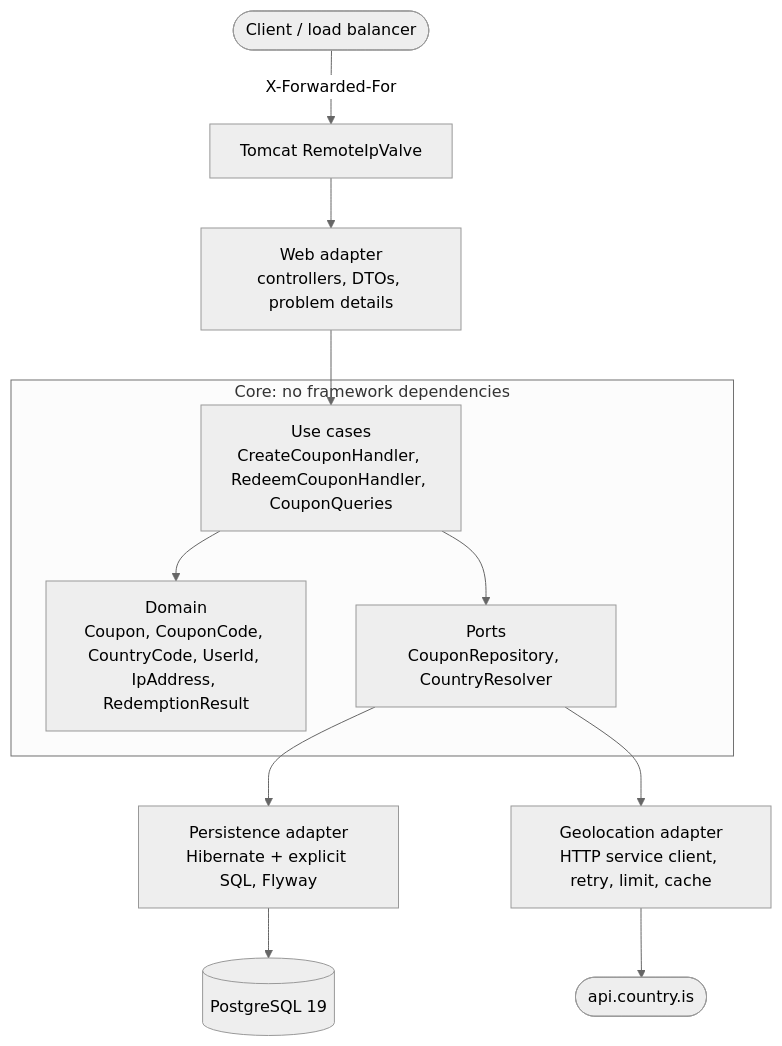
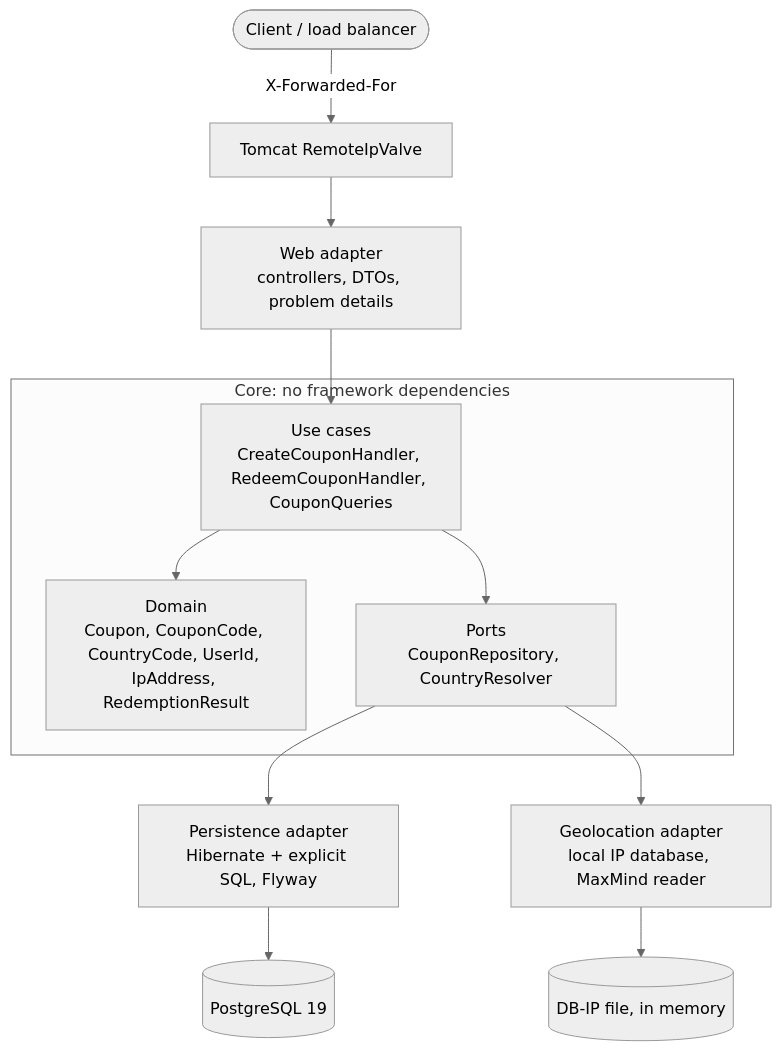
One commit to thadacz/coupon-service changed the first of 2 diagrams in README.md. Above: the diagram before and after it, drawn with Mermaid (neutral theme). The commit also changed other lines of this file and 25 other files, not shown here.

First line of the commit message:
feat(geo): replace api.country.is with a local IP database

````diff
--- a/README.md
+++ b/README.md
@@ -79,17 +79,17 @@
 ```mermaid
 flowchart TB
     client([Client / load balancer]) -->|X-Forwarded-For| tomcat[Tomcat RemoteIpValve]
     tomcat --> web[Web adapter<br/>controllers, DTOs, problem details]
     subgraph core [Core: no framework dependencies]
         app[Use cases<br/>CreateCouponHandler, RedeemCouponHandler, CouponQueries]
         domain[Domain<br/>Coupon, CouponCode, CountryCode, UserId, IpAddress, RedemptionResult]
         ports[Ports<br/>CouponRepository, CountryResolver]
         app --> domain
         app --> ports
     end
     web --> app
     ports --> persistence[Persistence adapter<br/>Hibernate + explicit SQL, Flyway]
-    ports --> geo[Geolocation adapter<br/>HTTP service client, retry, limit, cache]
+    ports --> geo[Geolocation adapter<br/>local IP database, MaxMind reader]
     persistence --> db[(PostgreSQL 19)]
-    geo --> countryis([api.country.is])
+    geo --> dbip[(DB-IP file, in memory)]
 ```
````
